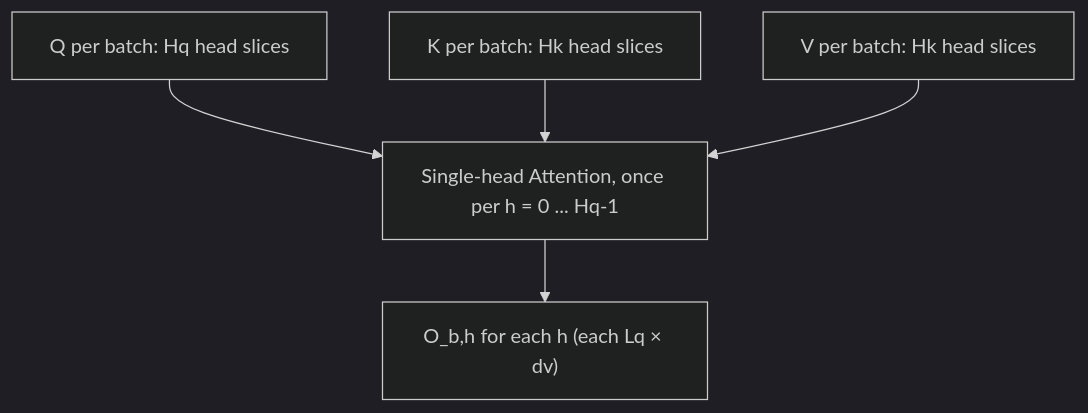
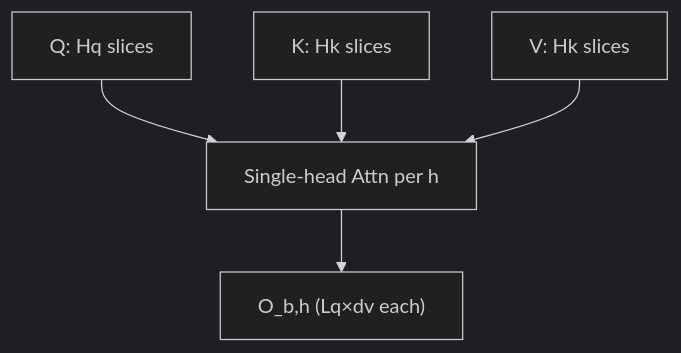
Before and after one commit to curvedinf/aiter-gfx908: the second of 2 diagrams in op_tests/op_benchmarks/triton/BENCH_MHA.md, drawn with Mermaid (dark theme). The commit also changed other lines of this file, not shown here.

````diff
--- a/op_tests/op_benchmarks/triton/BENCH_MHA.md
+++ b/op_tests/op_benchmarks/triton/BENCH_MHA.md
@@ -62,10 +51,7 @@
 ```mermaid
 flowchart TB
-  Q["Q per batch: Hq head slices"]
-  K["K per batch: Hk head slices"]
-  V["V per batch: Hk head slices"]
-  Q --> Par["Single-head Attention, once per h = 0 ... Hq-1"]
-  K --> Par
-  V --> Par
-  Par --> Out["O_b,h for each h (each Lq × dv)"]
+  Q["Q: Hq slices"] --> Par["Single-head Attn per h"]
+  K["K: Hk slices"] --> Par
+  V["V: Hk slices"] --> Par
+  Par --> Out["O_b,h (Lq×dv each)"]
 ```
````
